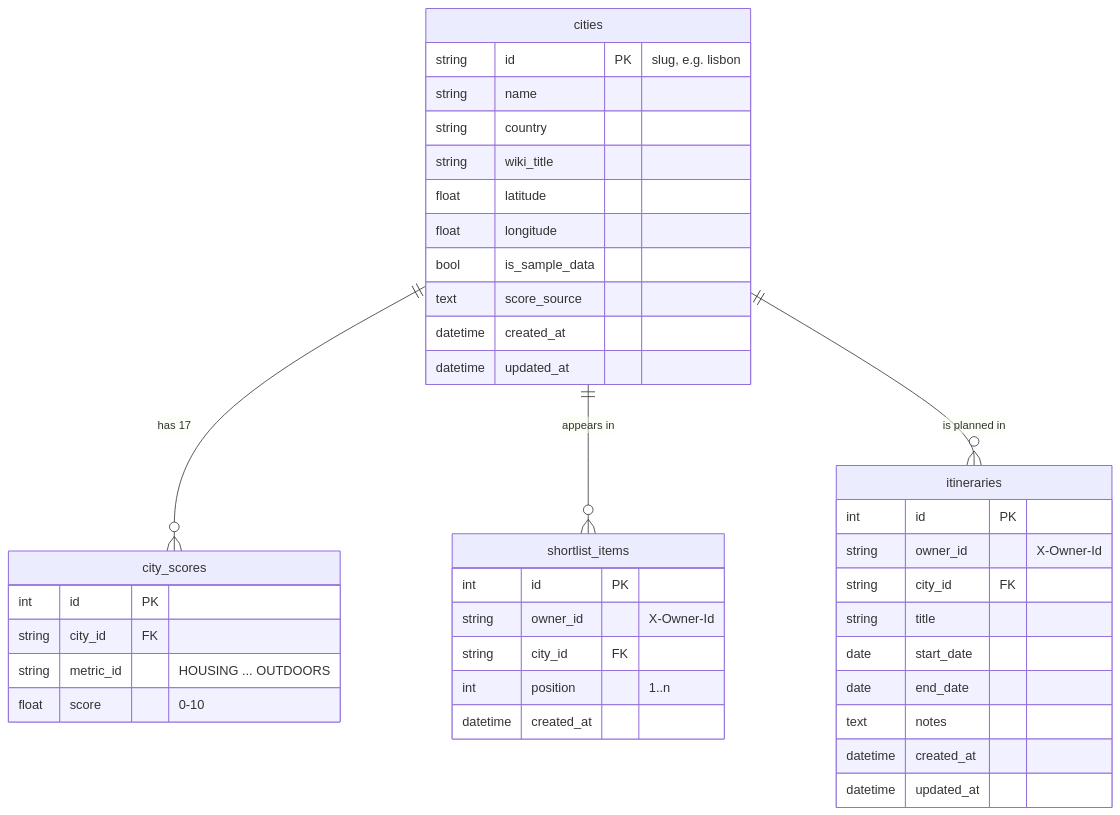
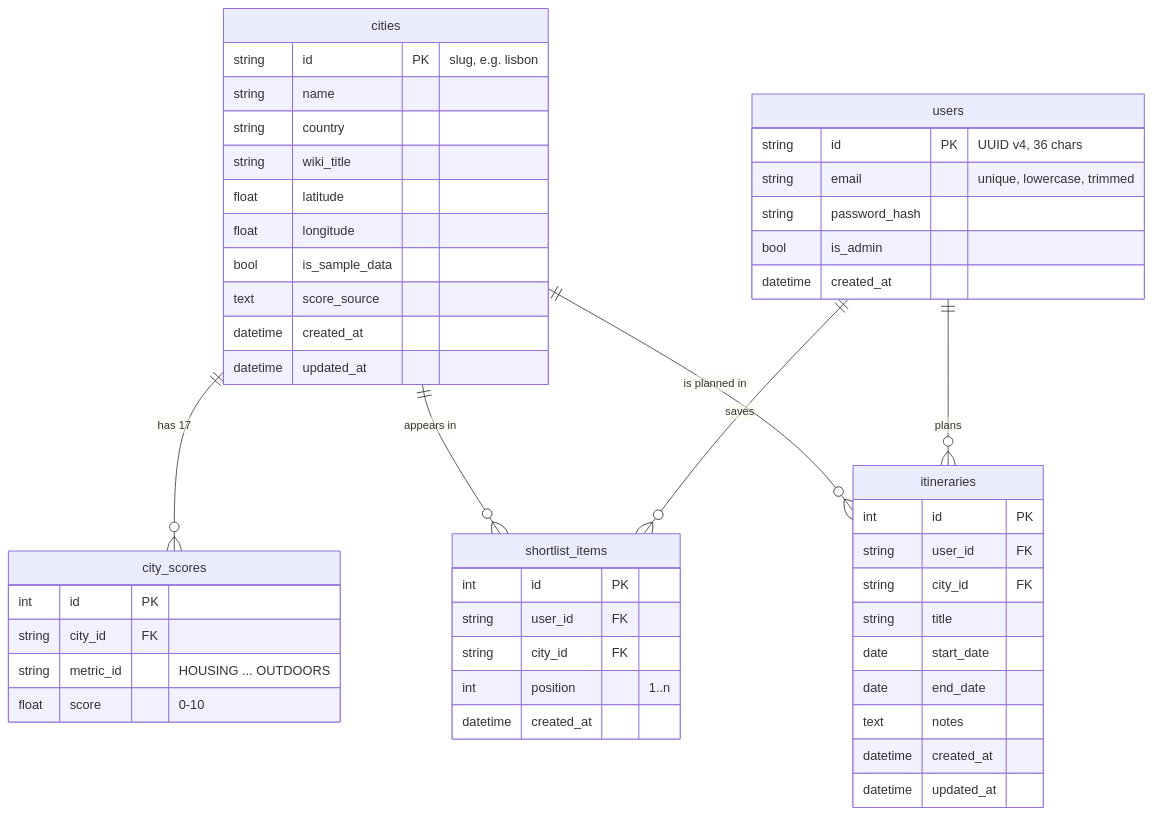
One commit to The-Nomadscore/nomadscorehub changed the diagram in docs/database-schema.md. Above: the diagram before and after it, drawn with Mermaid. The commit also changed other lines of this file and 62 other files, not shown here.

````diff
--- a/docs/database-schema.md
+++ b/docs/database-schema.md
@@ -21,43 +21,53 @@
 ```mermaid
 erDiagram
     cities ||--o{ city_scores : "has 17"
     cities ||--o{ shortlist_items : "appears in"
     cities ||--o{ itineraries : "is planned in"
+
+    users ||--o{ shortlist_items : "saves"
+    users ||--o{ itineraries : "plans"
 
     cities {
         string id PK "slug, e.g. lisbon"
         string name
         string country
         string wiki_title
         float latitude
         float longitude
         bool is_sample_data
         text score_source
         datetime created_at
         datetime updated_at
     }
     city_scores {
         int id PK
         string city_id FK
         string metric_id "HOUSING ... OUTDOORS"
         float score "0-10"
     }
     shortlist_items {
         int id PK
-        string owner_id "X-Owner-Id"
+        string user_id FK
         string city_id FK
         int position "1..n"
         datetime created_at
     }
     itineraries {
         int id PK
-        string owner_id "X-Owner-Id"
+        string user_id FK
         string city_id FK
         string title
         date start_date
         date end_date
         text notes
         datetime created_at
         datetime updated_at
     }
+    users {
+        string id PK "UUID v4, 36 chars"
+        string email "unique, lowercase, trimmed"
+        string password_hash
+        bool is_admin
+        datetime created_at
+    }
 ```
````
